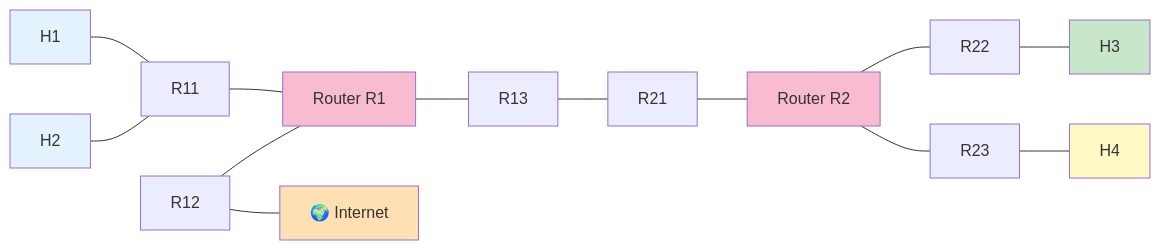
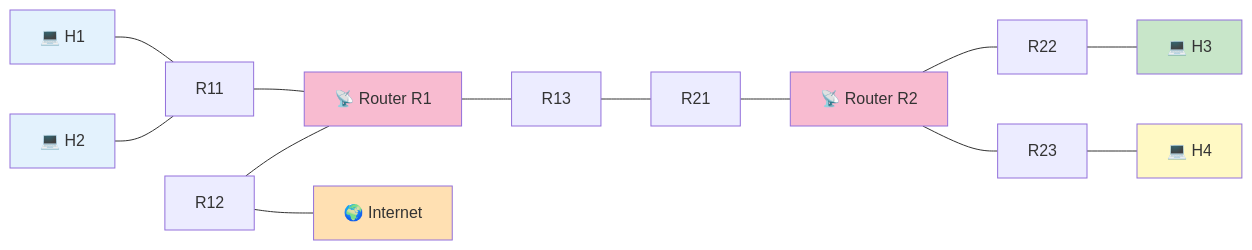
The first of 2 diagrams in docs/02-levels/level10.md (Tsunanko/netpractice-guide), drawn with Mermaid before and after one commit. The commit also changed other lines of this file and 14 other files, not shown here.

First line of the commit message:
Add visual progress diagrams and elementary explanations

````diff
--- a/docs/02-levels/level10.md
+++ b/docs/02-levels/level10.md
@@ -31,23 +35,23 @@
 ```mermaid
 flowchart LR
-    H1[H1] --- R11[R11]
-    H2[H2] --- R11
-    R11 --- R1[Router R1]
+    H1[💻 H1] --- R11[R11]
+    H2[💻 H2] --- R11
+    R11 --- R1[📡 Router R1]
     R12[R12] --- R1
     R12 --- I[🌍 Internet]
     R1 --- R13[R13]
     R13 --- R21[R21]
-    R21 --- R2[Router R2]
+    R21 --- R2[📡 Router R2]
     R2 --- R22[R22]
-    R22 --- H3[H3]
+    R22 --- H3[💻 H3]
     R2 --- R23[R23]
-    R23 --- H4[H4]
+    R23 --- H4[💻 H4]
 
     style H1 fill:#E3F2FD
     style H2 fill:#E3F2FD
     style H3 fill:#C8E6C9
     style H4 fill:#FFF9C4
     style R1 fill:#F8BBD0
     style R2 fill:#F8BBD0
     style I fill:#FFE0B2
 ```
````
